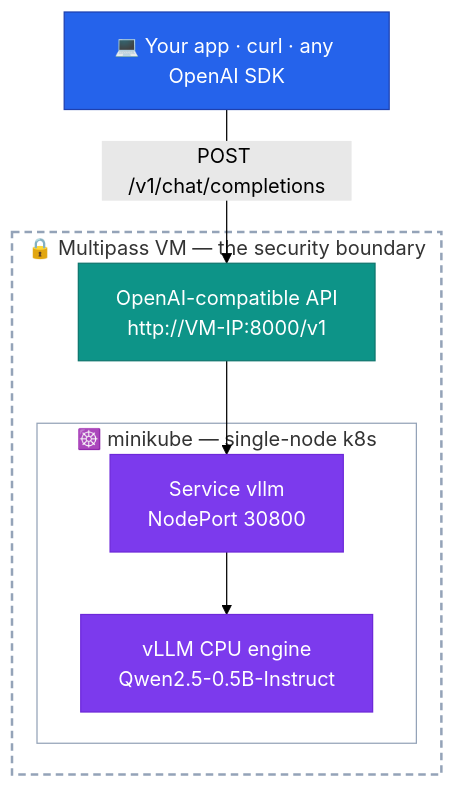
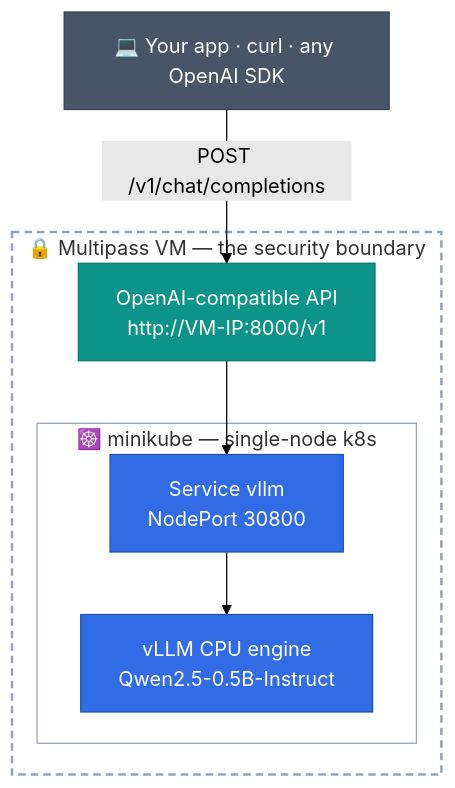
The diagram in README.md (umairkhancis/exp-inference-on-k8s), drawn with Mermaid (forest theme) before and after one commit.

Commit message:
Use official Kubernetes blue for k8s nodes in diagram

````diff
--- a/README.md
+++ b/README.md
@@ -10,24 +10,24 @@
 ```mermaid
 flowchart TB
     app["💻 Your app · curl · any OpenAI SDK"]
 
     subgraph vm["🔒 Multipass VM — the security boundary"]
         pf["OpenAI-compatible API<br/>http://VM-IP:8000/v1"]
         subgraph mk["☸️ minikube — single-node k8s"]
             svc["Service vllm<br/>NodePort 30800"]
             pod["vLLM CPU engine<br/>Qwen2.5-0.5B-Instruct"]
         end
     end
 
     app -->|"POST /v1/chat/completions"| pf
     pf --> svc --> pod
 
-    classDef host fill:#2563eb,stroke:#1e40af,color:#ffffff
+    classDef host fill:#475569,stroke:#334155,color:#ffffff
     classDef api  fill:#0d9488,stroke:#0f766e,color:#ffffff
-    classDef k8s  fill:#7c3aed,stroke:#6d28d9,color:#ffffff
+    classDef k8s  fill:#326ce5,stroke:#1a4fc0,color:#ffffff
     class app host
     class pf api
     class svc,pod k8s
     style vm fill:transparent,stroke:#94a3b8,stroke-width:2px,stroke-dasharray:6 4
     style mk fill:transparent,stroke:#94a3b8
 ```
````
